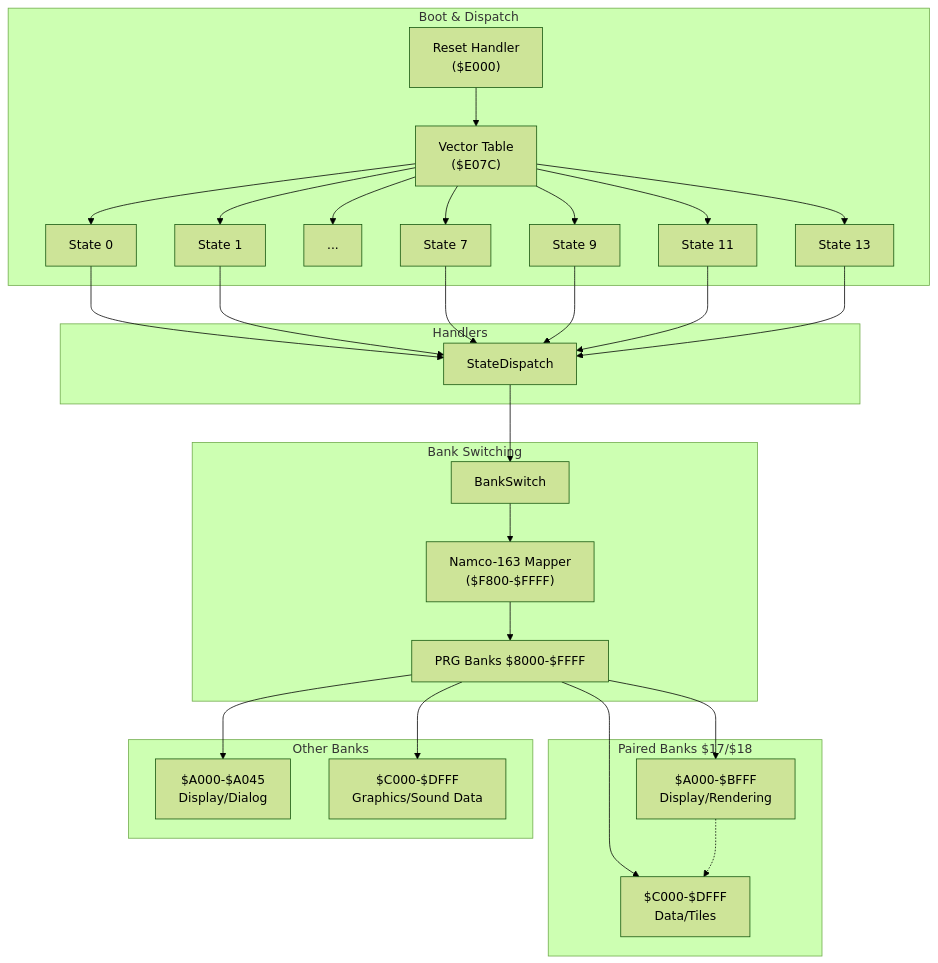
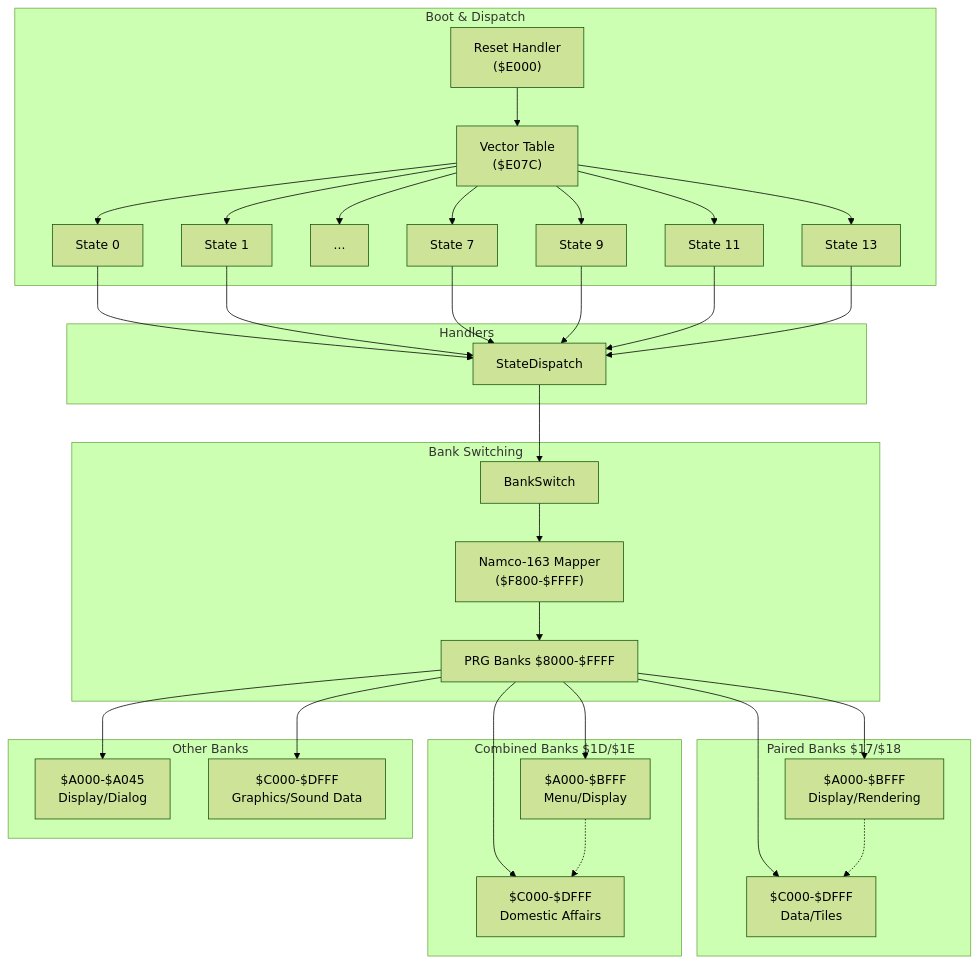
The second of 7 diagrams in .qoder/repowiki/en/content/Disassembly Workflow/Disassembly Workflow.md (rabbyzero/sango2dasm), drawn with Mermaid (forest theme) before and after one commit. The commit also changed other lines of this file and 15 other files, not shown here.

````diff
--- a/.qoder/repowiki/en/content/Disassembly Workflow/Disassembly Workflow.md
+++ b/.qoder/repowiki/en/content/Disassembly Workflow/Disassembly Workflow.md
@@ -172,35 +193,40 @@
 ```mermaid
 graph TB
 subgraph "Boot & Dispatch"
 R["Reset Handler<br/>($E000)"] --> VT["Vector Table<br/>($E07C)"]
 VT --> S0["State 0"]
 VT --> S1["State 1"]
 VT --> S2["..."]
 VT --> S7["State 7"]
 VT --> S9["State 9"]
 VT --> S11["State 11"]
 VT --> S13["State 13"]
 end
 subgraph "Handlers"
 S0 --> SD["StateDispatch"]
 S1 --> SD
 S7 --> SD
 S9 --> SD
 S11 --> SD
 S13 --> SD
 end
 subgraph "Bank Switching"
 SD --> BS["BankSwitch"]
 BS --> MAP["Namco-163 Mapper<br/>($F800-$FFFF)"]
 MAP --> PRG["PRG Banks $8000-$FFFF"]
 end
 subgraph "Paired Banks $17/$18"
 PRG --> B17["$A000-$BFFF<br/>Display/Rendering"]
 PRG --> B18["$C000-$DFFF<br/>Data/Tiles"]
 B17 -.-> B18
 end
+subgraph "Combined Banks $1D/$1E"
+PRG --> B1D["$A000-$BFFF<br/>Menu/Display"]
+PRG --> B1E["$C000-$DFFF<br/>Domestic Affairs"]
+B1D -.-> B1E
+end
 subgraph "Other Banks"
 PRG --> B0["$A000-$A045<br/>Display/Dialog"]
 PRG --> B1["$C000-$DFFF<br/>Graphics/Sound Data"]
 end
 ```
````
